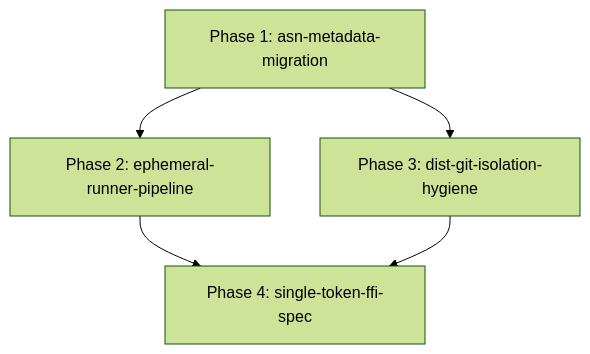
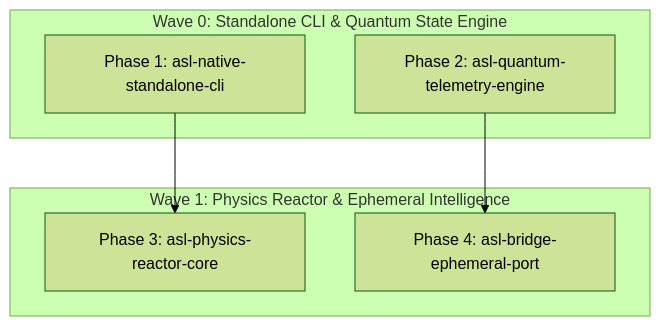
One commit to GenSEAM/asl changed the diagram in .plans/PHASES.md. Above: the diagram before and after it, drawn with Mermaid (forest theme). The commit also changed other lines of this file and 5 other files, not shown here.

````diff
--- a/.plans/PHASES.md
+++ b/.plans/PHASES.md
@@ -8,7 +8,13 @@
 ```mermaid
 graph TD
-    P1[Phase 1: asn-metadata-migration] --> P2[Phase 2: ephemeral-runner-pipeline]
-    P1 --> P3[Phase 3: dist-git-isolation-hygiene]
-    P2 --> P4[Phase 4: single-token-ffi-spec]
-    P3 --> P4
+    subgraph Wave 0 [Wave 0: Standalone CLI & Quantum State Engine]
+        P1[Phase 1: asl-native-standalone-cli]
+        P2[Phase 2: asl-quantum-telemetry-engine]
+    end
+    subgraph Wave 1 [Wave 1: Physics Reactor & Ephemeral Intelligence]
+        P3[Phase 3: asl-physics-reactor-core]
+        P4[Phase 4: asl-bridge-ephemeral-port]
+    end
+    P1 --> P3
+    P2 --> P4
 ```
````
